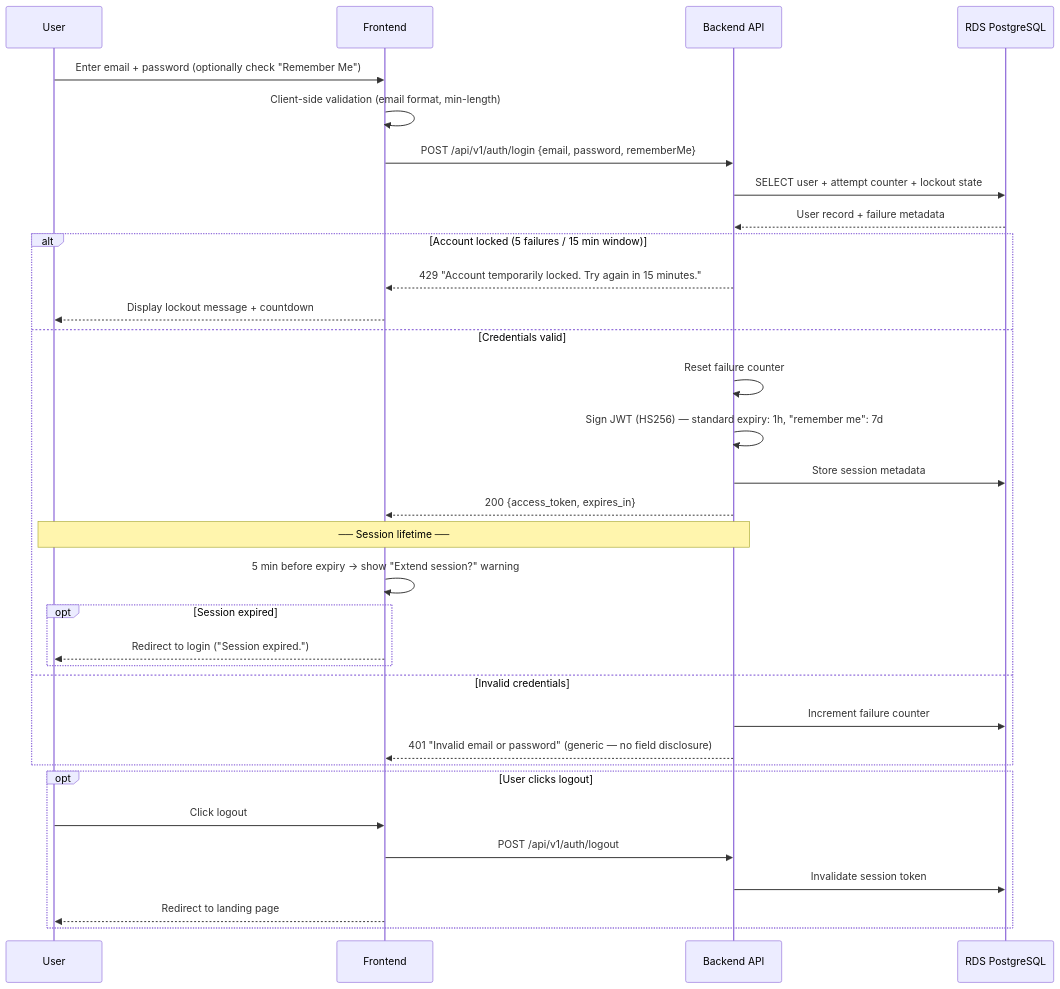
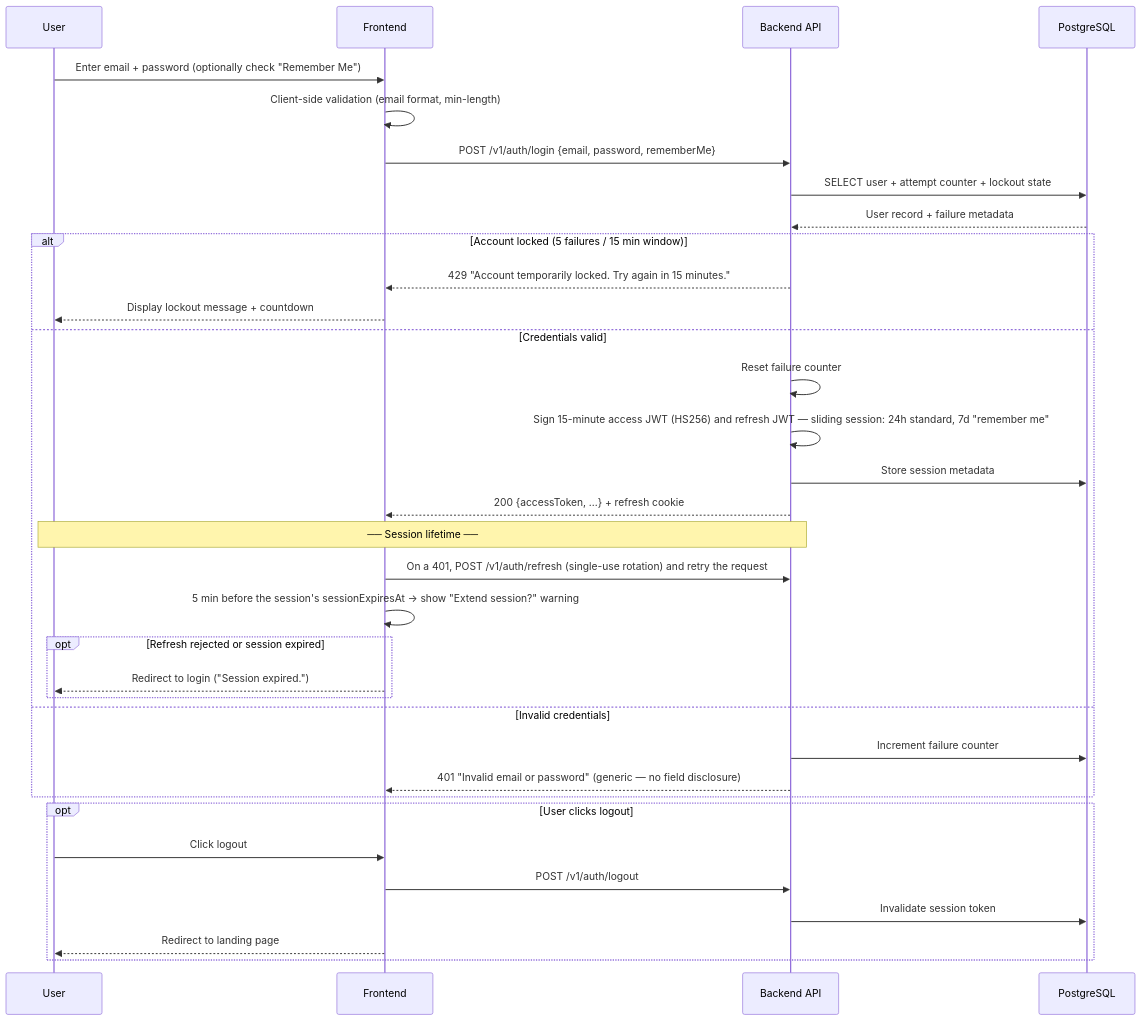
The eighth of 13 diagrams in docs/03-architecture/diagrams/sequence-diagrams.md (alonsovndev/open-projects-hub-docs), drawn with Mermaid before and after one commit. The commit also changed other lines of this file and 14 other files, not shown here.

First line of the commit message:
docs(architecture): describe the deployed Cloudflare and EC2 stack

````diff
--- a/docs/03-architecture/diagrams/sequence-diagrams.md
+++ b/docs/03-architecture/diagrams/sequence-diagrams.md
@@ -228,36 +222,37 @@
 ```mermaid
 sequenceDiagram
     participant User
     participant FE as Frontend
     participant BE as Backend API
-    participant DB as RDS PostgreSQL
+    participant DB as PostgreSQL
 
     User->>FE: Enter email + password (optionally check "Remember Me")
     FE->>FE: Client-side validation (email format, min-length)
-    FE->>BE: POST /api/v1/auth/login {email, password, rememberMe}
+    FE->>BE: POST /v1/auth/login {email, password, rememberMe}
     BE->>DB: SELECT user + attempt counter + lockout state
     DB-->>BE: User record + failure metadata
     alt Account locked (5 failures / 15 min window)
         BE-->>FE: 429 "Account temporarily locked. Try again in 15 minutes."
         FE-->>User: Display lockout message + countdown
     else Credentials valid
         BE->>BE: Reset failure counter
-        BE->>BE: Sign JWT (HS256) — standard expiry: 1h, "remember me": 7d
+        BE->>BE: Sign 15-minute access JWT (HS256) and refresh JWT — sliding session: 24h standard, 7d "remember me"
         BE->>DB: Store session metadata
-        BE-->>FE: 200 {access_token, expires_in}
+        BE-->>FE: 200 {accessToken, ...} + refresh cookie
         Note over User,BE: ── Session lifetime ──
-        FE->>FE: 5 min before expiry → show "Extend session?" warning
-        opt Session expired
+        FE->>BE: On a 401, POST /v1/auth/refresh (single-use rotation) and retry the request
+        FE->>FE: 5 min before the session's sessionExpiresAt → show "Extend session?" warning
+        opt Refresh rejected or session expired
             FE-->>User: Redirect to login ("Session expired.")
         end
     else Invalid credentials
         BE->>DB: Increment failure counter
         BE-->>FE: 401 "Invalid email or password" (generic — no field disclosure)
     end
     opt User clicks logout
         User->>FE: Click logout
-        FE->>BE: POST /api/v1/auth/logout
+        FE->>BE: POST /v1/auth/logout
         BE->>DB: Invalidate session token
         FE-->>User: Redirect to landing page
     end
 ```
````
